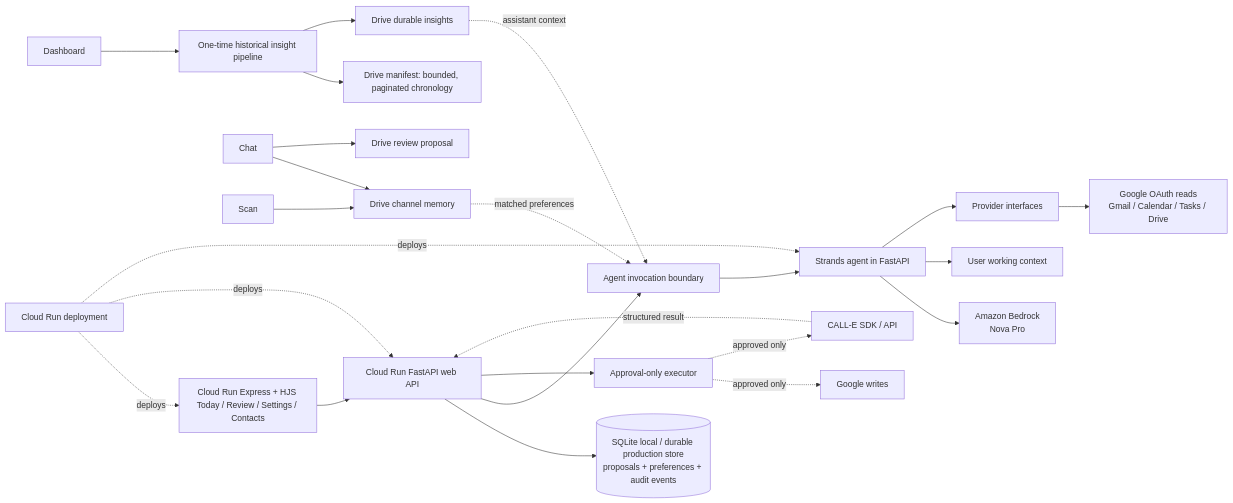
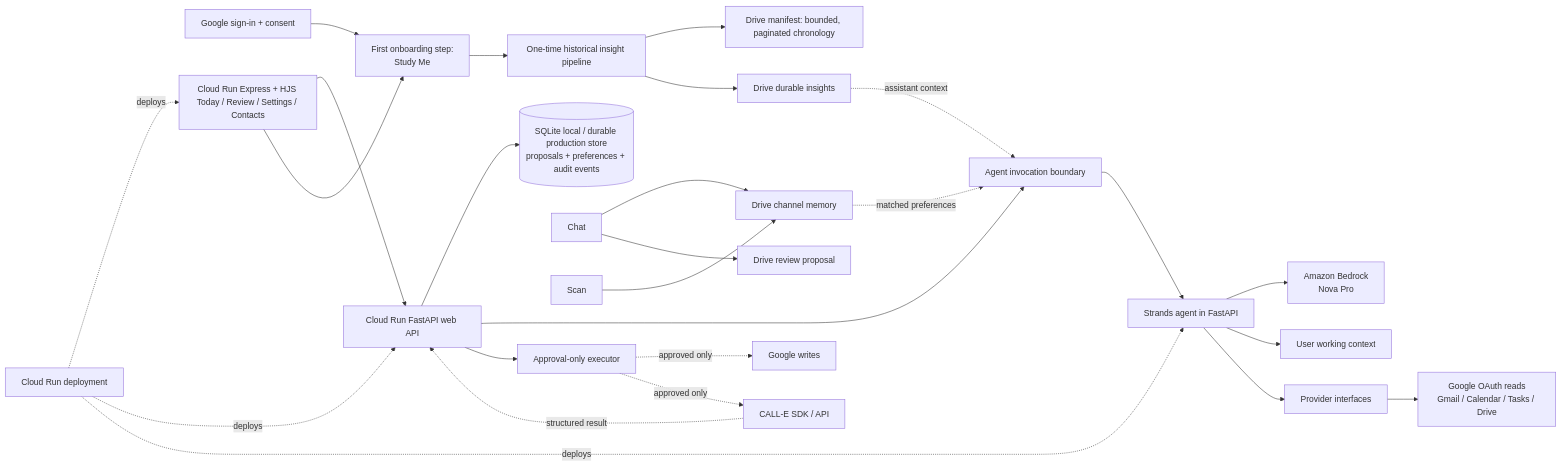
Before and after one commit to juliana-hill/openpip.me: the diagram in docs/ARCHITECTURE.md, drawn with Mermaid. The commit also changed other lines of this file and 3 other files, not shown here.

````diff
--- a/docs/ARCHITECTURE.md
+++ b/docs/ARCHITECTURE.md
@@ -7,26 +7,28 @@
 ```mermaid
 flowchart LR
+  Auth[Google sign-in + consent] --> Onboarding[First onboarding step:\nStudy Me]
   UI[Cloud Run Express + HJS Today / Review / Settings / Contacts] --> API[Cloud Run FastAPI web API]
   API --> Store[(SQLite local / durable production store\nproposals + preferences + audit events)]
   API --> Invoker[Agent invocation boundary]
   Invoker --> Local[Strands agent in FastAPI]
   Local --> Bedrock[Amazon Bedrock\nNova Pro]
   Local --> Context[User working context]
   Local --> Providers[Provider interfaces]
   Providers --> GoogleRead[Google OAuth reads\nGmail / Calendar / Tasks / Drive]
   API --> Gate[Approval-only executor]
   Gate -. approved only .-> GoogleWrite[Google writes]
   Gate -. approved only .-> Calle[CALL-E SDK / API]
   Calle -. structured result .-> API
   Chat --> ChMem[Drive channel memory]
   Chat --> Proposal[Drive review proposal]
   Scan --> ChMem
   ChMem -. matched preferences .-> Invoker
-  Dashboard --> Study[One-time historical insight pipeline]
+  Onboarding --> Study[One-time historical insight pipeline]
+  UI --> Onboarding
   Study --> Timeline[Drive manifest: bounded, paginated chronology]
   Study --> Memories[Drive durable insights]
   Memories -. assistant context .-> Invoker
   Deploy[Cloud Run deployment] -. deploys .-> UI
   Deploy -. deploys .-> API
   Deploy -. deploys .-> Local
 ```
````
